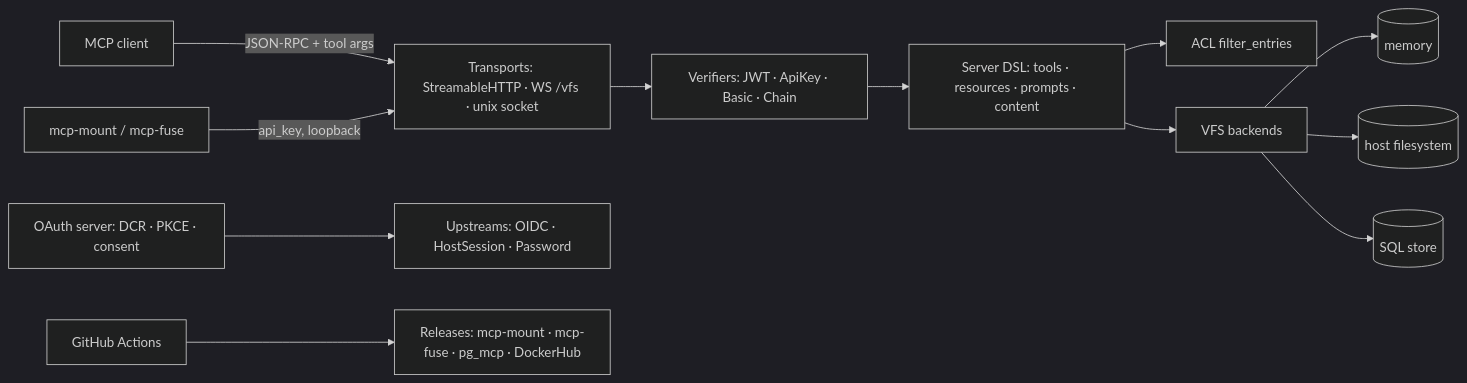
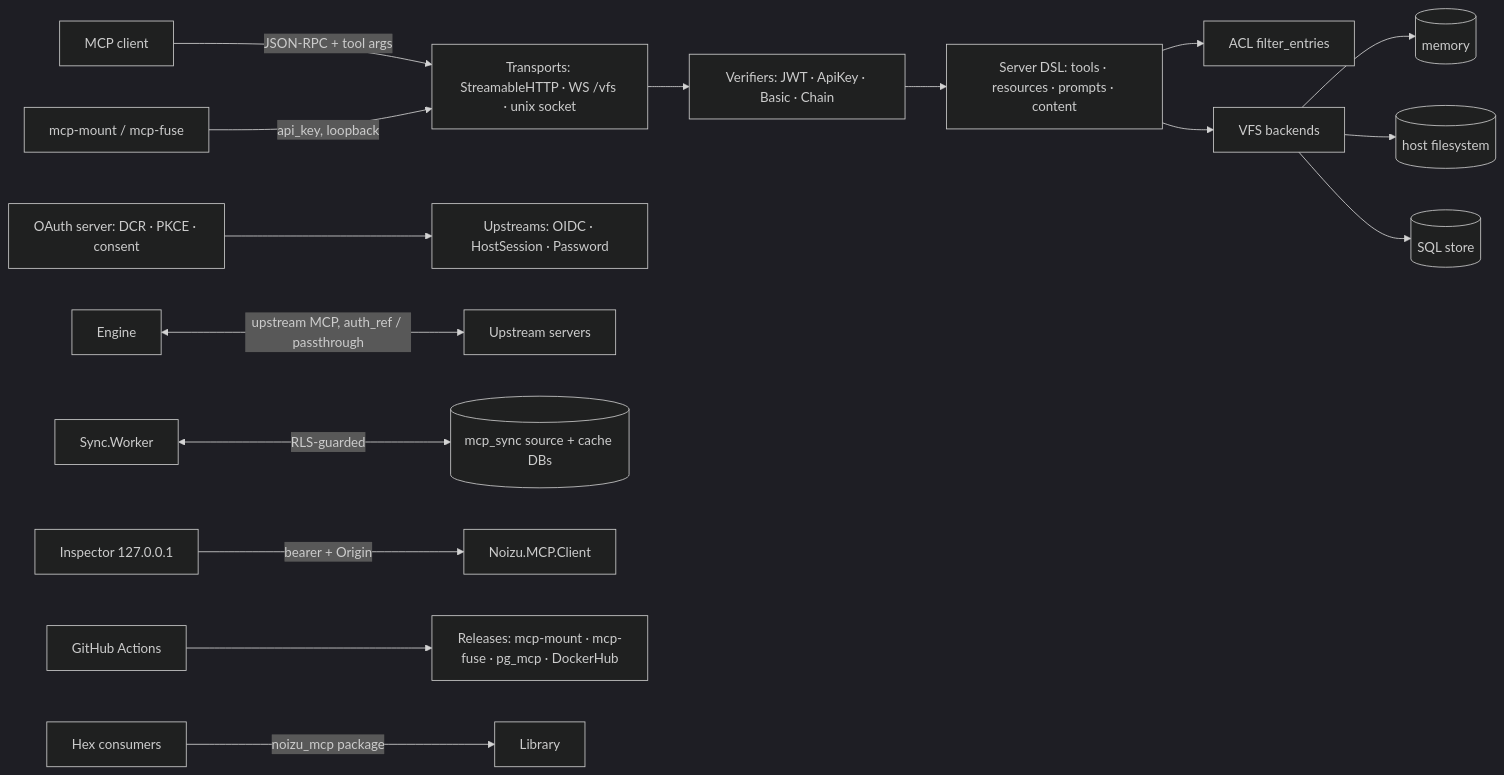
The diagram in docs/THREAT-MODEL.md (noizu-labs-ml/elixir-mcp-lib), drawn with Mermaid (dark theme) before and after one commit. The commit also changed other lines of this file and 5 other files, not shown here.

````diff
--- a/docs/THREAT-MODEL.md
+++ b/docs/THREAT-MODEL.md
@@ -34,14 +41,18 @@
 ```mermaid
 graph LR
     C[MCP client] -->|JSON-RPC + tool args| TR[Transports: StreamableHTTP · WS /vfs · unix socket]
     TR --> AV[Verifiers: JWT · ApiKey · Basic · Chain]
     AV --> SRV[Server DSL: tools · resources · prompts · content]
     SRV --> ACL[ACL filter_entries]
     SRV --> VFS[VFS backends]
     VFS --> MEM[(memory)]
     VFS --> FS[(host filesystem)]
     VFS --> DB[(SQL store)]
     OAU[OAuth server: DCR · PKCE · consent] --> IDP[Upstreams: OIDC · HostSession · Password]
+    ENG[Engine] <-->|upstream MCP, auth_ref / passthrough| UP[Upstream servers]
+    SYNC[Sync.Worker] <-->|RLS-guarded| PG[(mcp_sync source + cache DBs)]
+    INS[Inspector 127.0.0.1] -->|bearer + Origin| CLI[Noizu.MCP.Client]
     CI[GitHub Actions] --> REL[Releases: mcp-mount · mcp-fuse · pg_mcp · DockerHub]
     LM[mcp-mount / mcp-fuse] -->|api_key, loopback| TR
+    HEX[Hex consumers] -->|noizu_mcp package| LIB[Library]
 ```
````
